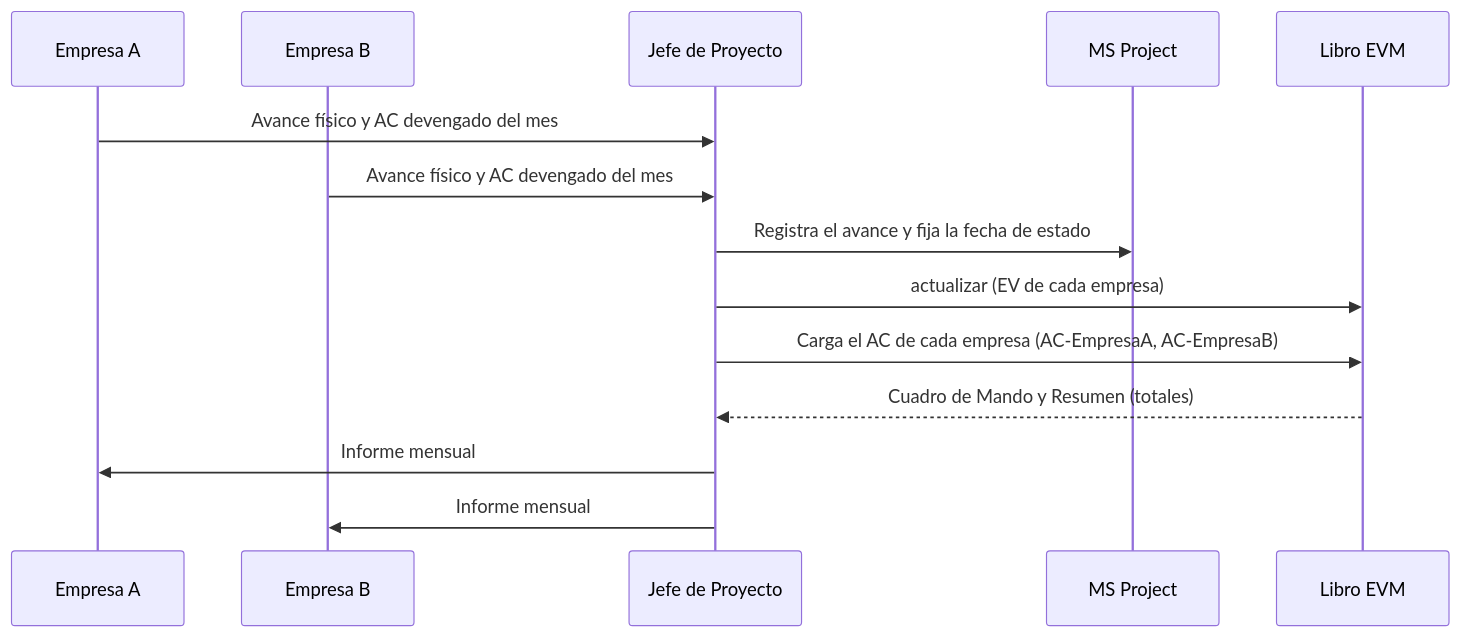
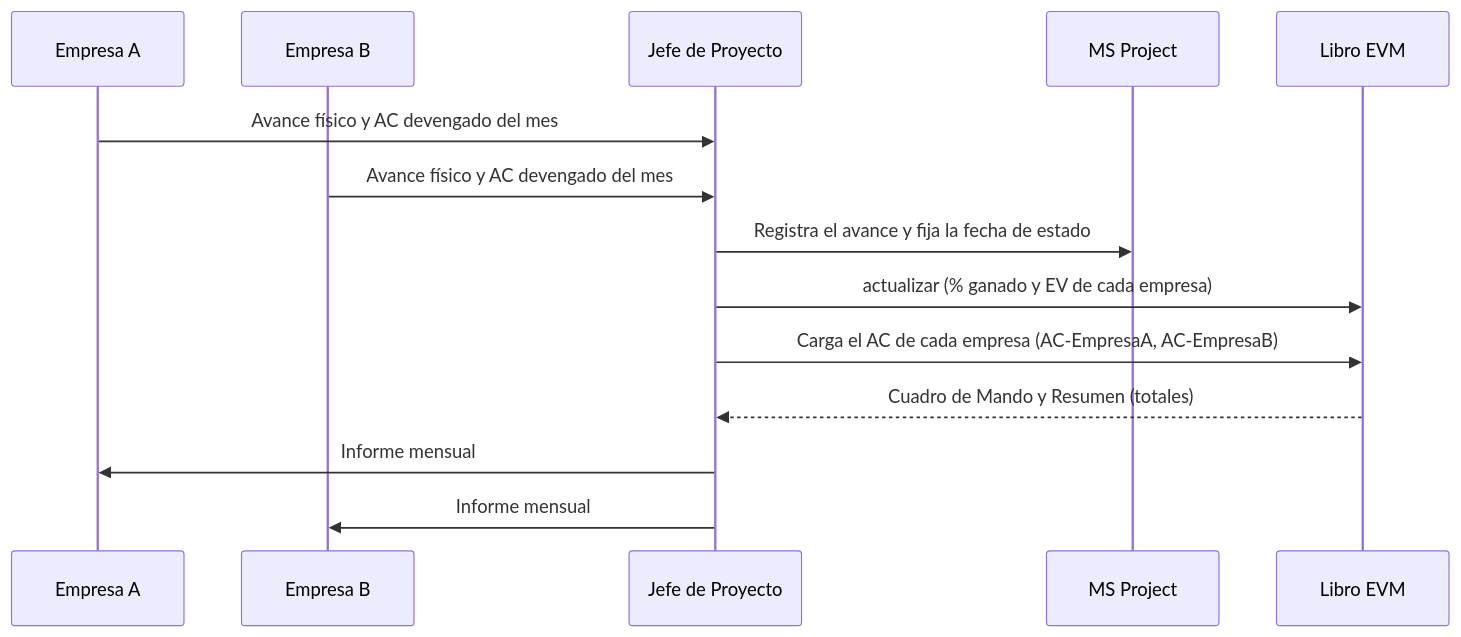
Before and after one commit to MarceloSalazar/evm-automation: the third of 3 diagrams in docs/multiempresa.md, drawn with Mermaid. The commit also changed other lines of this file and 101 other files, not shown here.

````diff
--- a/docs/multiempresa.md
+++ b/docs/multiempresa.md
@@ -238,16 +246,16 @@
 ```mermaid
 sequenceDiagram
     participant A as Empresa A
     participant B as Empresa B
     participant JP as Jefe de Proyecto
     participant MSP as MS Project
     participant XL as Libro EVM
     A->>JP: Avance físico y AC devengado del mes
     B->>JP: Avance físico y AC devengado del mes
     JP->>MSP: Registra el avance y fija la fecha de estado
-    JP->>XL: actualizar (EV de cada empresa)
+    JP->>XL: actualizar (% ganado y EV de cada empresa)
     JP->>XL: Carga el AC de cada empresa (AC-EmpresaA, AC-EmpresaB)
     XL-->>JP: Cuadro de Mando y Resumen (totales)
     JP->>A: Informe mensual
     JP->>B: Informe mensual
 ```
````
